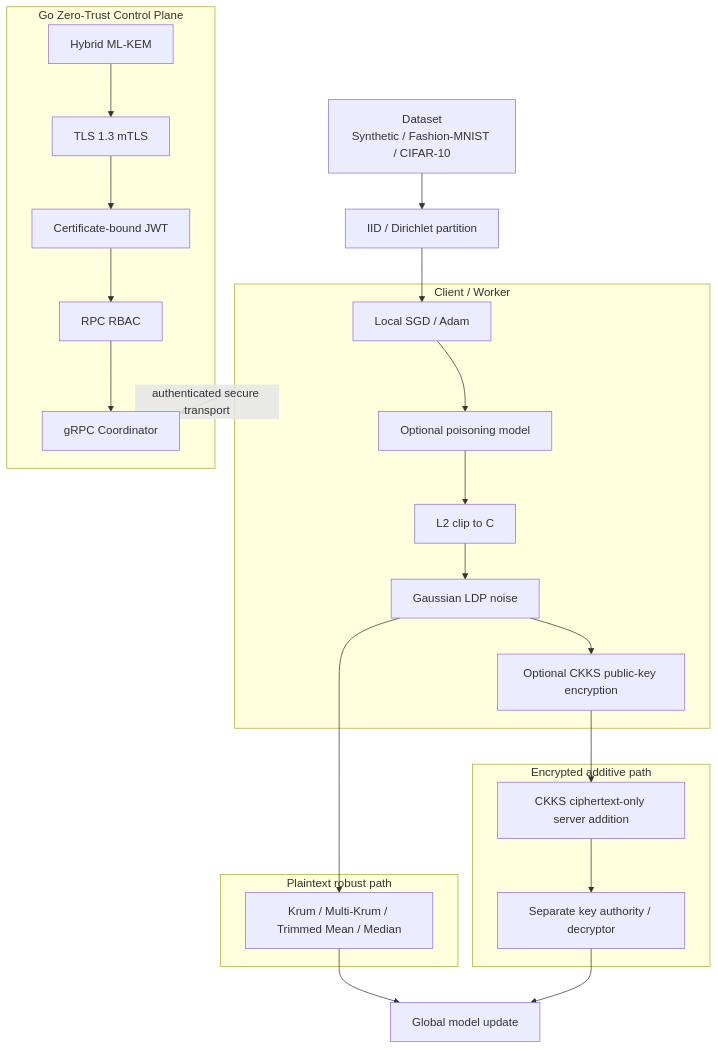
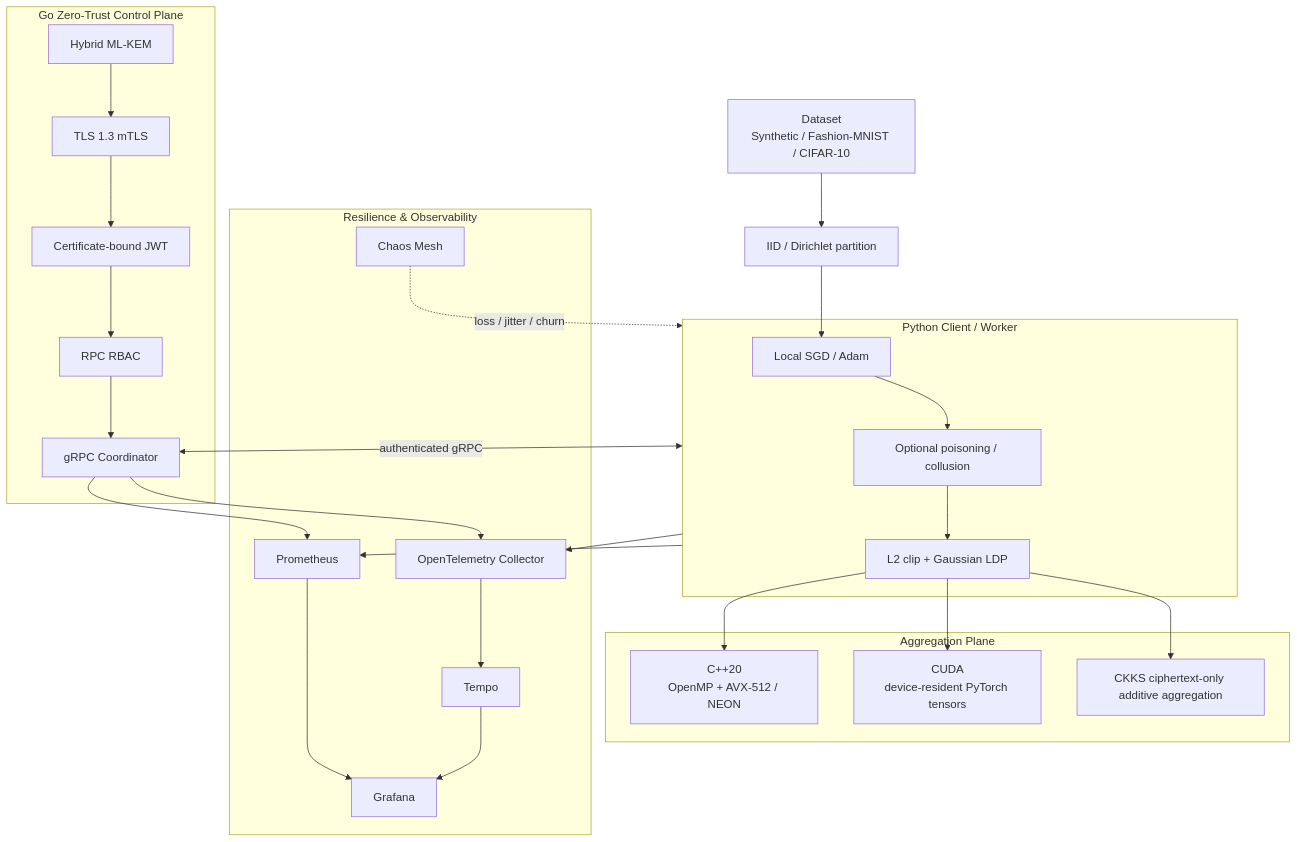
The diagram in README.md (smshagor-dev/ZeroTrust-FL-Sim), drawn with Mermaid before and after one commit. The commit also changed other lines of this file, not shown here.

Commit message:
docs: add resilience observability and acceleration overview

````diff
--- a/README.md
+++ b/README.md
@@ -61,37 +57,46 @@
 ```mermaid
 flowchart TD
     D["Dataset<br/>Synthetic / Fashion-MNIST / CIFAR-10"] --> P["IID / Dirichlet partition"]
 
-    subgraph Client["Client / Worker"]
-        T["Local SGD / Adam"] --> A["Optional poisoning model"]
-        A --> C["L2 clip to C"]
-        C --> N["Gaussian LDP noise"]
-        N --> E["Optional CKKS public-key encryption"]
+    subgraph Worker["Python Client / Worker"]
+        T["Local SGD / Adam"] --> A["Optional poisoning / collusion"]
+        A --> DP["L2 clip + Gaussian LDP"]
     end
 
     P --> T
 
-    subgraph Plain["Plaintext robust path"]
-        R["Krum / Multi-Krum / Trimmed Mean / Median"]
+    subgraph Aggregate["Aggregation Plane"]
+        CPU["C++20<br/>OpenMP + AVX-512 / NEON"]
+        GPU["CUDA<br/>device-resident PyTorch tensors"]
+        FHE["CKKS ciphertext-only additive aggregation"]
     end
 
-    subgraph FHE["Encrypted additive path"]
-        S["CKKS ciphertext-only server addition"]
-        K["Separate key authority / decryptor"]
-        S --> K
-    end
-
-    N --> R
-    E --> S
-    R --> G["Global model update"]
-    K --> G
+    DP --> CPU
+    DP --> GPU
+    DP --> FHE
 
     subgraph Control["Go Zero-Trust Control Plane"]
         PQ["Hybrid ML-KEM"] --> TLS["TLS 1.3 mTLS"]
         TLS --> JWT["Certificate-bound JWT"]
         JWT --> RBAC["RPC RBAC"]
         RBAC --> GRPC["gRPC Coordinator"]
     end
 
-    Client <-->|"authenticated secure transport"| GRPC
+    Worker <-->|"authenticated gRPC"| GRPC
+
+    subgraph Observe["Resilience & Observability"]
+        CM["Chaos Mesh"]
+        OT["OpenTelemetry Collector"]
+        PR["Prometheus"]
+        TP["Tempo"]
+        GF["Grafana"]
+        OT --> TP --> GF
+        PR --> GF
+    end
+
+    Worker --> OT
+    GRPC --> OT
+    Worker --> PR
+    GRPC --> PR
+    CM -. "loss / jitter / churn" .-> Worker
 ```
````
